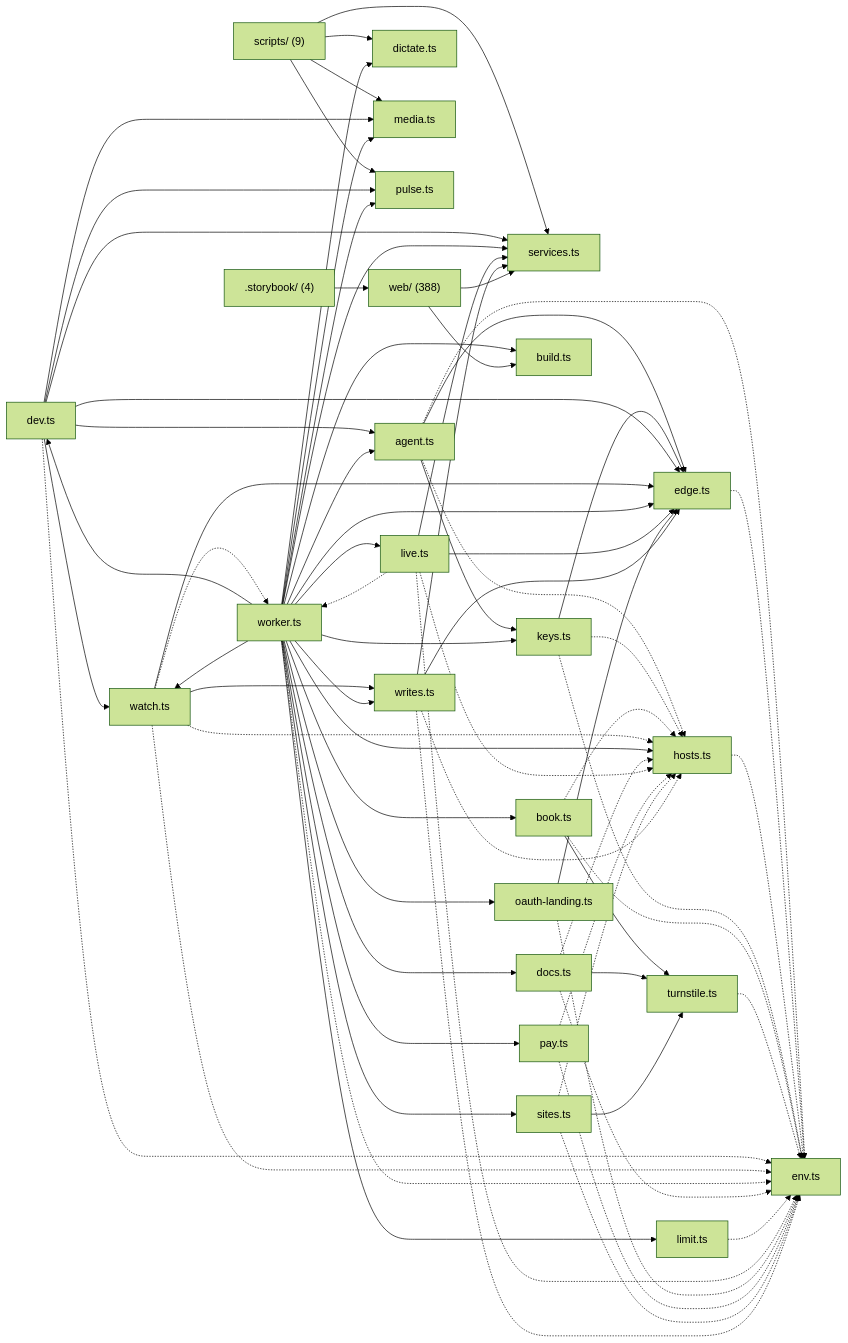
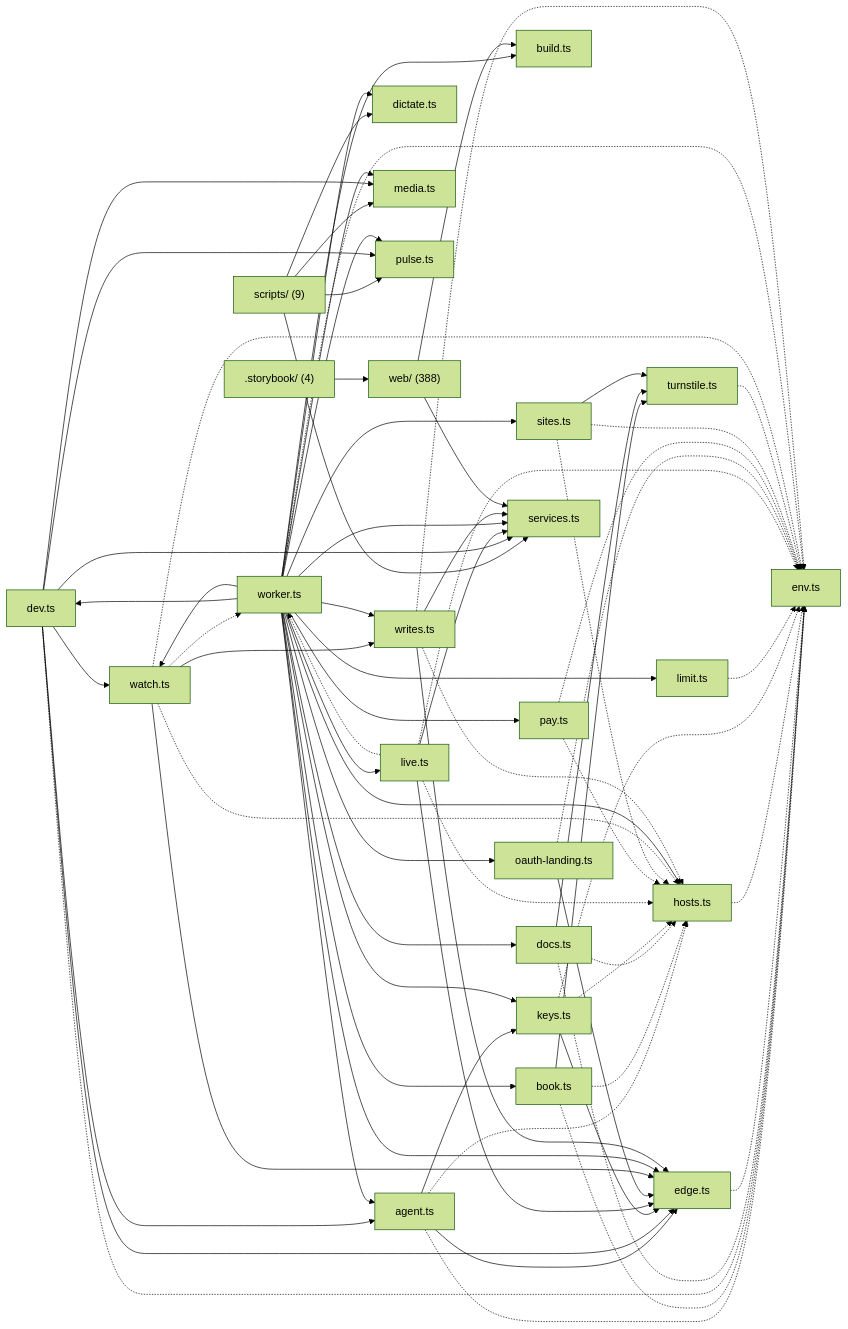
Before and after one commit to wrenautomation/wren: the diagram in map/generated/imports/@wren+portal.md, drawn with Mermaid (forest theme). The commit also changed other lines of this file and 96 other files, not shown here.

````diff
--- a/map/generated/imports/@wren+portal.md
+++ b/map/generated/imports/@wren+portal.md
@@ -42,30 +42,30 @@
 ```mermaid
 flowchart LR
   n_storybook_[".storybook/ (4)"]
-  nweb_["web/ (388)"]
   nscripts_["scripts/ (9)"]
-  nservices_ts["services.ts"]
+  nagent_ts["agent.ts"]
+  nbook_ts["book.ts"]
+  nbuild_ts["build.ts"]
+  ndev_ts["dev.ts"]
   ndictate_ts["dictate.ts"]
-  nmedia_ts["media.ts"]
-  npulse_ts["pulse.ts"]
-  nagent_ts["agent.ts"]
+  ndocs_ts["docs.ts"]
   nedge_ts["edge.ts"]
   nenv_ts["env.ts"]
   nhosts_ts["hosts.ts"]
   nkeys_ts["keys.ts"]
-  nbook_ts["book.ts"]
+  nlimit_ts["limit.ts"]
+  nlive_ts["live.ts"]
+  nmedia_ts["media.ts"]
+  noauth_landing_ts["oauth-landing.ts"]
+  npay_ts["pay.ts"]
+  npulse_ts["pulse.ts"]
+  nservices_ts["services.ts"]
+  nsites_ts["sites.ts"]
   nturnstile_ts["turnstile.ts"]
-  nbuild_ts["build.ts"]
-  ndev_ts["dev.ts"]
   nwatch_ts["watch.ts"]
   nworker_ts["worker.ts"]
-  ndocs_ts["docs.ts"]
-  nlimit_ts["limit.ts"]
-  nlive_ts["live.ts"]
-  noauth_landing_ts["oauth-landing.ts"]
-  npay_ts["pay.ts"]
-  nsites_ts["sites.ts"]
   nwrites_ts["writes.ts"]
+  nweb_["web/ (388)"]
   n_storybook_ --> nweb_
   nscripts_ --> nservices_ts
   nscripts_ --> ndictate_ts
@@ -75,15 +75,9 @@
   nagent_ts -.-> nenv_ts
   nagent_ts -.-> nhosts_ts
   nagent_ts --> nkeys_ts
-  nedge_ts -.-> nenv_ts
-  nhosts_ts -.-> nenv_ts
-  nkeys_ts --> nedge_ts
-  nkeys_ts -.-> nenv_ts
-  nkeys_ts -.-> nhosts_ts
   nbook_ts -.-> nenv_ts
   nbook_ts -.-> nhosts_ts
   nbook_ts --> nturnstile_ts
-  nturnstile_ts -.-> nenv_ts
   ndev_ts --> nagent_ts
   ndev_ts --> nedge_ts
   ndev_ts -.-> nenv_ts
@@ -91,6 +85,28 @@
   ndev_ts --> npulse_ts
   ndev_ts --> nservices_ts
   ndev_ts --> nwatch_ts
+  ndocs_ts -.-> nenv_ts
+  ndocs_ts -.-> nhosts_ts
+  ndocs_ts --> nturnstile_ts
+  nedge_ts -.-> nenv_ts
+  nhosts_ts -.-> nenv_ts
+  nkeys_ts --> nedge_ts
+  nkeys_ts -.-> nenv_ts
+  nkeys_ts -.-> nhosts_ts
+  nlimit_ts -.-> nenv_ts
+  nlive_ts --> nedge_ts
+  nlive_ts -.-> nenv_ts
+  nlive_ts -.-> nhosts_ts
+  nlive_ts --> nservices_ts
+  nlive_ts -.-> nworker_ts
+  noauth_landing_ts --> nedge_ts
+  noauth_landing_ts -.-> nenv_ts
+  npay_ts -.-> nenv_ts
+  npay_ts -.-> nhosts_ts
+  nsites_ts -.-> nenv_ts
+  nsites_ts -.-> nhosts_ts
+  nsites_ts --> nturnstile_ts
+  nturnstile_ts -.-> nenv_ts
   nwatch_ts --> nedge_ts
   nwatch_ts -.-> nenv_ts
   nwatch_ts -.-> nhosts_ts
@@ -116,22 +132,6 @@
   nworker_ts --> nsites_ts
   nworker_ts --> nwatch_ts
   nworker_ts --> nwrites_ts
-  ndocs_ts -.-> nenv_ts
-  ndocs_ts -.-> nhosts_ts
-  ndocs_ts --> nturnstile_ts
-  nlimit_ts -.-> nenv_ts
-  nlive_ts --> nedge_ts
-  nlive_ts -.-> nenv_ts
-  nlive_ts -.-> nhosts_ts
-  nlive_ts --> nservices_ts
-  nlive_ts -.-> nworker_ts
-  noauth_landing_ts --> nedge_ts
-  noauth_landing_ts -.-> nenv_ts
-  npay_ts -.-> nenv_ts
-  npay_ts -.-> nhosts_ts
-  nsites_ts -.-> nenv_ts
-  nsites_ts -.-> nhosts_ts
-  nsites_ts --> nturnstile_ts
   nwrites_ts --> nedge_ts
   nwrites_ts -.-> nenv_ts
   nwrites_ts -.-> nhosts_ts
````
